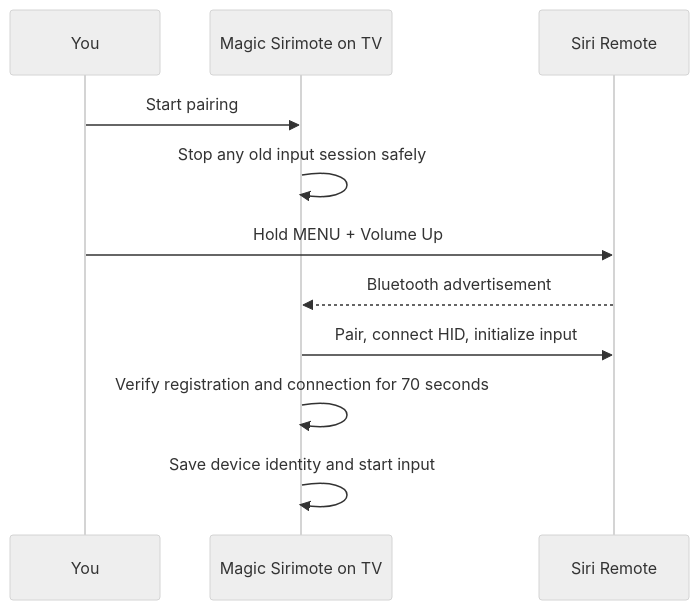
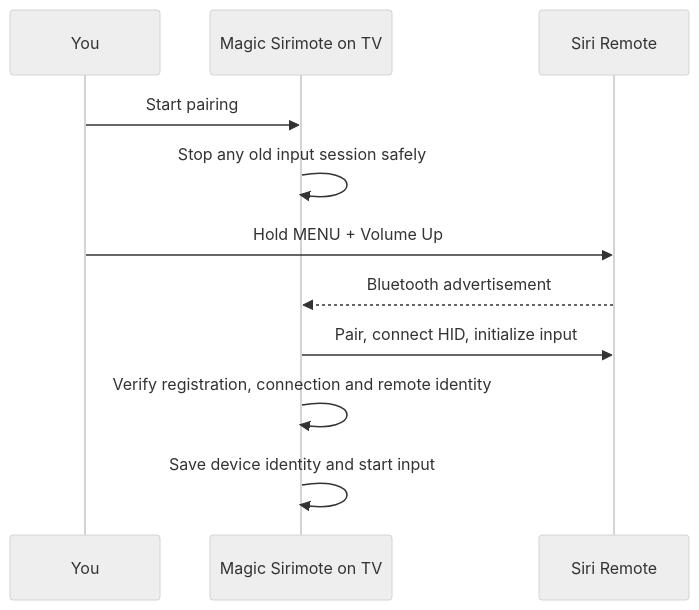
One commit to super-dog-human/magic-sirimote changed the seventh of 7 diagrams in README.md. Above: the diagram before and after it, drawn with Mermaid (neutral theme). The commit also changed other lines of this file and 21 other files, not shown here.

````diff
--- a/README.md
+++ b/README.md
@@ -244,13 +243,13 @@
 ```mermaid
 sequenceDiagram
     participant User as You
     participant App as Magic Sirimote on TV
     participant Remote as Siri Remote
     User->>App: Start pairing
     App->>App: Stop any old input session safely
     User->>Remote: Hold MENU + Volume Up
     Remote-->>App: Bluetooth advertisement
     App->>Remote: Pair, connect HID, initialize input
-    App->>App: Verify registration and connection for 70 seconds
+    App->>App: Verify registration, connection and remote identity
     App->>App: Save device identity and start input
 ```
````
